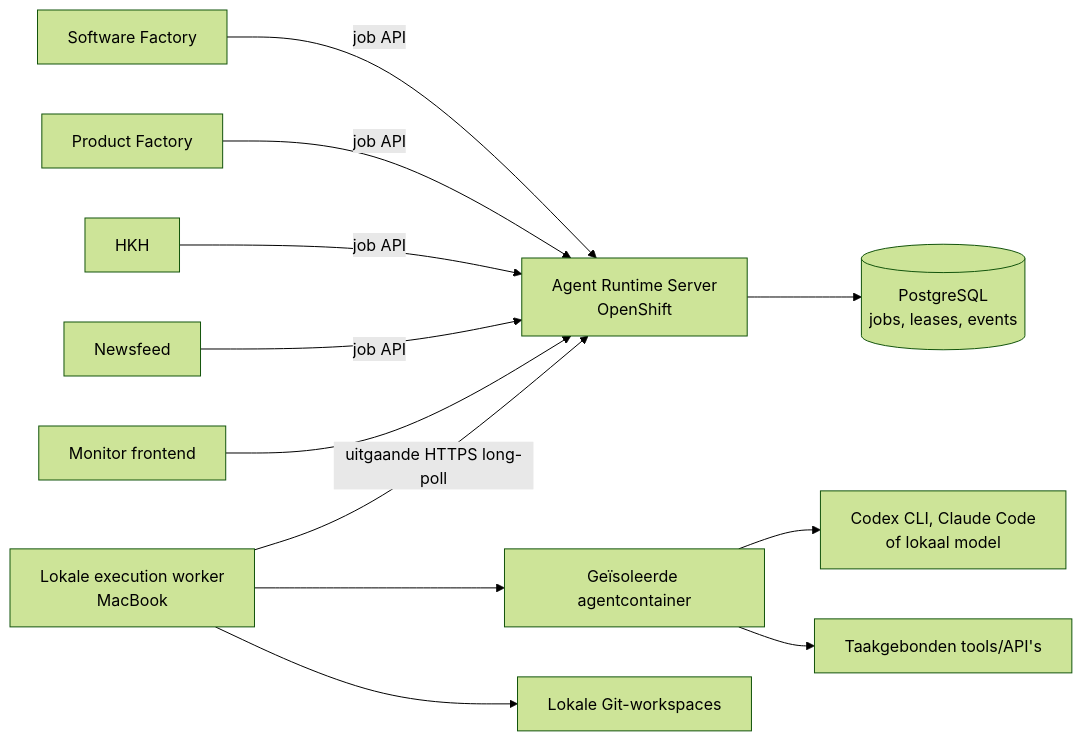
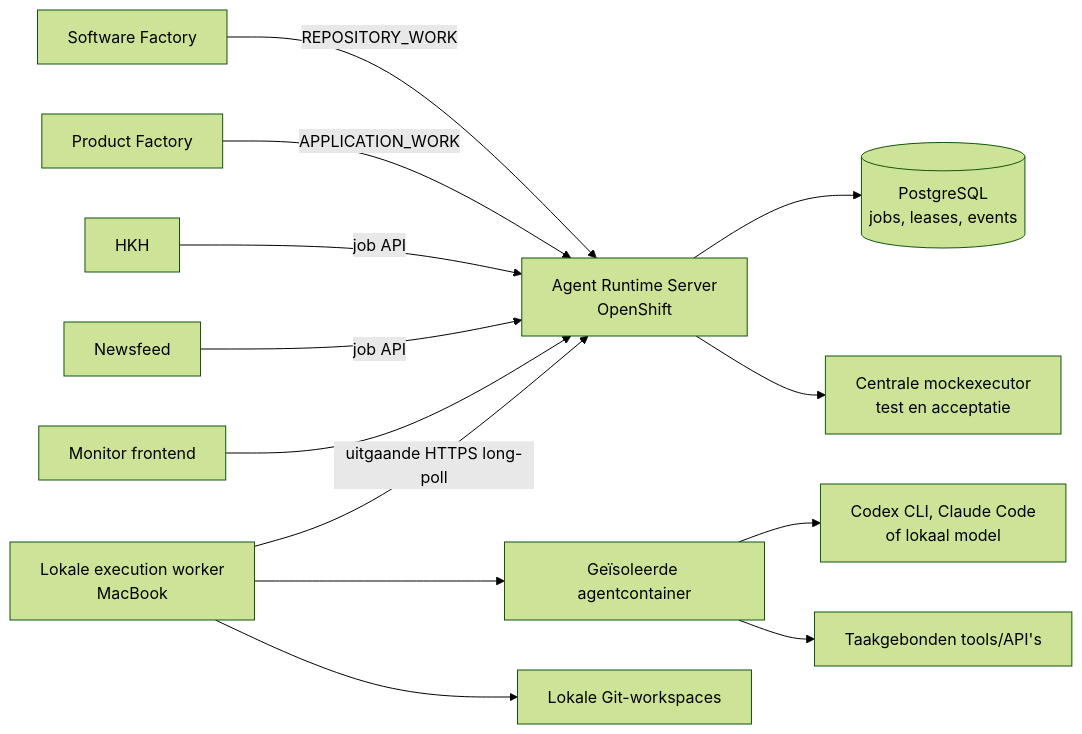
One commit to robbertvdzon/agent-runtime changed the diagram in docs/agent-runtime-stappenplan.md. Above: the diagram before and after it, drawn with Mermaid (forest theme). The commit also changed other lines of this file and 61 other files, not shown here.

Commit message:
Bouw gedeelde Agent Runtime en OpenShift-platform

````diff
--- a/docs/agent-runtime-stappenplan.md
+++ b/docs/agent-runtime-stappenplan.md
@@ -69,16 +92,17 @@
 ```mermaid
 flowchart LR
-    SF["Software Factory"] -->|"job API"| ARS["Agent Runtime Server<br/>OpenShift"]
-    PF["Product Factory"] -->|"job API"| ARS
+    SF["Software Factory"] -->|"REPOSITORY_WORK"| ARS["Agent Runtime Server<br/>OpenShift"]
+    PF["Product Factory"] -->|"APPLICATION_WORK"| ARS
     HKH["HKH"] -->|"job API"| ARS
     NF["Newsfeed"] -->|"job API"| ARS
 
     ARS --> DB[("PostgreSQL<br/>jobs, leases, events")]
+    ARS --> MOCK["Centrale mockexecutor<br/>test en acceptatie"]
     UI["Monitor frontend"] --> ARS
 
     MW["Lokale execution worker<br/>MacBook"] -->|"uitgaande HTTPS long-poll"| ARS
     MW --> DOCKER["Geïsoleerde agentcontainer"]
     MW --> GIT["Lokale Git-workspaces"]
     DOCKER --> AI["Codex CLI, Claude Code<br/>of lokaal model"]
     DOCKER --> TOOLS["Taakgebonden tools/API's"]
 ```
````
